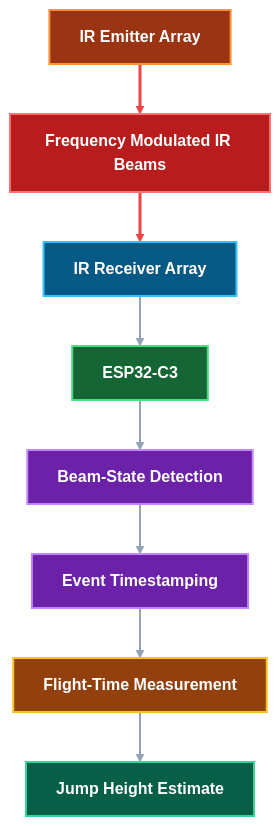
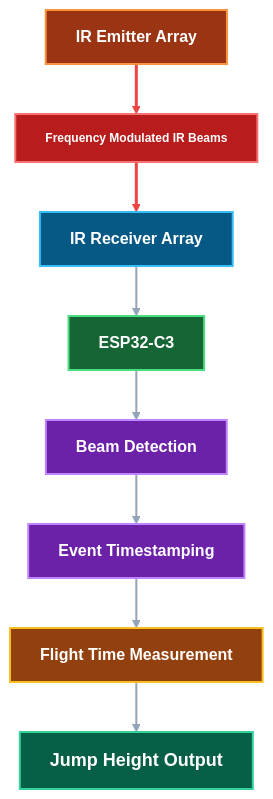
One commit to ah-789/optical-jump-measurement-system changed the diagram in README.md. Above: the diagram before and after it, drawn with Mermaid (neutral theme).

Commit message:
adjustments

````diff
--- a/README.md
+++ b/README.md
@@ -18,36 +18,36 @@
 ```mermaid
 flowchart TD
 
     A[IR Emitter Array]:::emitter
     H[ Frequency Modulated IR Beams]:::beam
     B[IR Receiver Array]:::receiver
     C[ESP32-C3]:::controller
-    D[Beam-State Detection]:::processing
+    D[Beam Detection]:::processing
     E[Event Timestamping]:::processing
-    F[Flight-Time Measurement]:::measurement
-    G[Jump Height Estimate]:::output
+    F[Flight Time Measurement]:::measurement
+    G[Jump Height Output]:::output
 
     A --> H
     H --> B
     B --> C
     C --> D
     D --> E
     E --> F
     F --> G
 
     classDef emitter fill:#9A3412,stroke:#FB923C,stroke-width:2px,color:#FFFFFF,font-weight:bold;
-    classDef beam fill:#B91C1C,stroke:#F87171,stroke-width:2px,color:#FFFFFF,font-weight:bold;
+    classDef beam fill:#B91C1C,stroke:#F87171,stroke-width:2px,color:#FFFFFF,font-weight:bold,font-size:12;
     classDef receiver fill:#075985,stroke:#38BDF8,stroke-width:2px,color:#FFFFFF,font-weight:bold;
     classDef controller fill:#166534,stroke:#4ADE80,stroke-width:2px,color:#FFFFFF,font-weight:bold;
     classDef processing fill:#6B21A8,stroke:#C084FC,stroke-width:2px,color:#FFFFFF,font-weight:bold;
     classDef measurement fill:#92400E,stroke:#FBBF24,stroke-width:2px,color:#FFFFFF,font-weight:bold;
-    classDef output fill:#065F46,stroke:#34D399,stroke-width:2px,color:#FFFFFF,font-weight:bold;
+    classDef output fill:#065F46,stroke:#34D399,stroke-width:2px,color:#FFFFFF,font-weight:bold,font-size:18;
 
     linkStyle 0 stroke:#EF4444,stroke-width:3px;
     linkStyle 1 stroke:#EF4444,stroke-width:3px;
     linkStyle 2 stroke:#94A3B8,stroke-width:2px;
     linkStyle 3 stroke:#94A3B8,stroke-width:2px;
     linkStyle 4 stroke:#94A3B8,stroke-width:2px;
     linkStyle 5 stroke:#94A3B8,stroke-width:2px;
     linkStyle 6 stroke:#94A3B8,stroke-width:2px;
 ```
````
